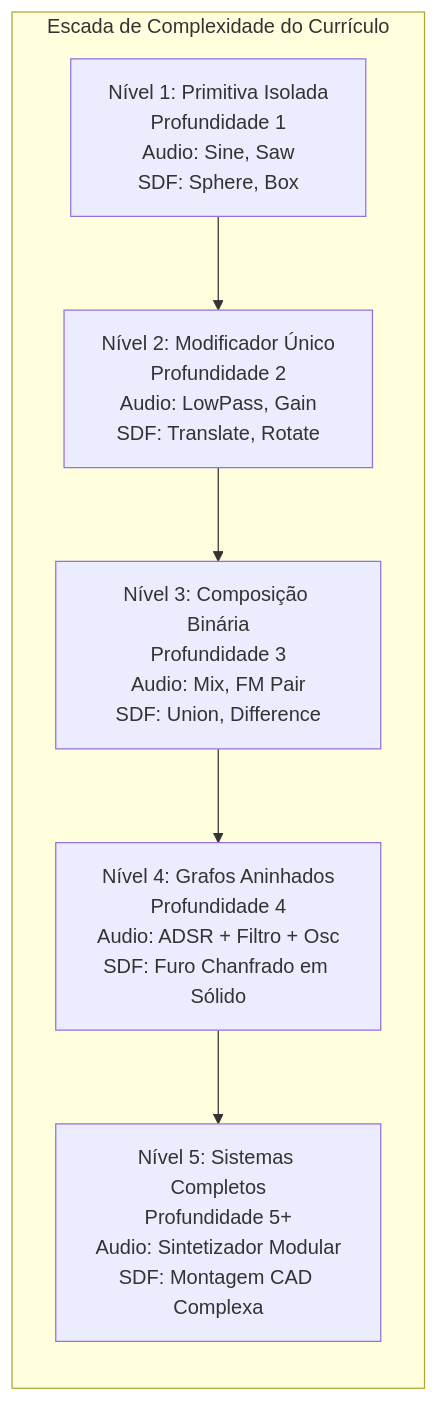
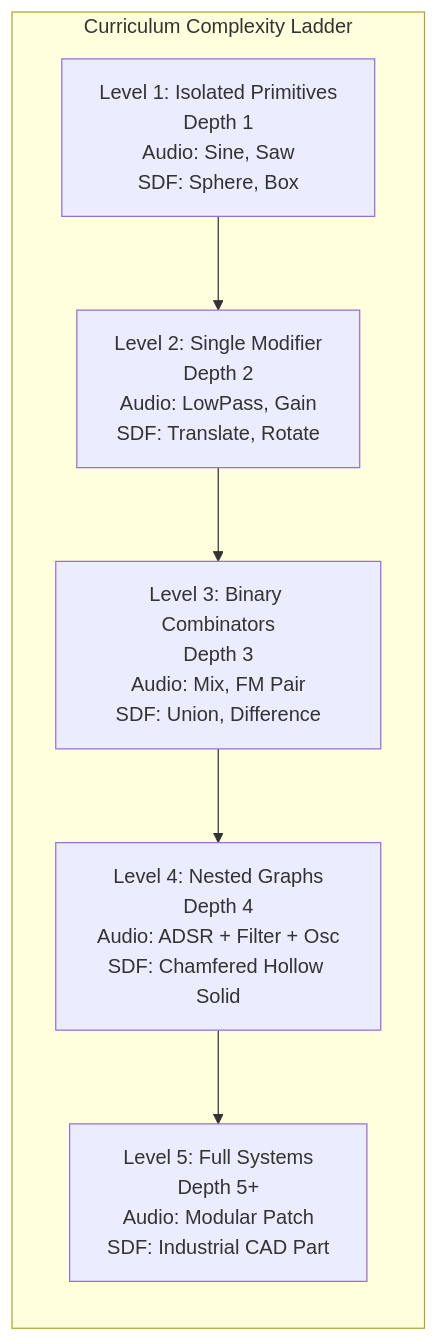
One commit to racoci/symforge changed the third of 3 diagrams in docs/architecture/three_tier_neural_synthesis.md. Above: the diagram before and after it, drawn with Mermaid. The commit also changed other lines of this file and 12 other files, not shown here.

Commit message:
docs: translate README and complete architecture documentation to English

````diff
--- a/docs/architecture/three_tier_neural_synthesis.md
+++ b/docs/architecture/three_tier_neural_synthesis.md
@@ -148,9 +142,9 @@
 ```mermaid
 graph LR
-    subgraph ComplexityLadder [Escada de Complexidade do Currículo]
-        L1[Nível 1: Primitiva Isolada<br/>Profundidade 1<br/>Audio: Sine, Saw<br/>SDF: Sphere, Box] --> L2[Nível 2: Modificador Único<br/>Profundidade 2<br/>Audio: LowPass, Gain<br/>SDF: Translate, Rotate]
-        L2 --> L3[Nível 3: Composição Binária<br/>Profundidade 3<br/>Audio: Mix, FM Pair<br/>SDF: Union, Difference]
-        L3 --> L4[Nível 4: Grafos Aninhados<br/>Profundidade 4<br/>Audio: ADSR + Filtro + Osc<br/>SDF: Furo Chanfrado em Sólido]
-        L4 --> L5[Nível 5: Sistemas Completos<br/>Profundidade 5+<br/>Audio: Sintetizador Modular<br/>SDF: Montagem CAD Complexa]
+    subgraph ComplexityLadder [Curriculum Complexity Ladder]
+        L1[Level 1: Isolated Primitives<br/>Depth 1<br/>Audio: Sine, Saw<br/>SDF: Sphere, Box] --> L2[Level 2: Single Modifier<br/>Depth 2<br/>Audio: LowPass, Gain<br/>SDF: Translate, Rotate]
+        L2 --> L3[Level 3: Binary Combinators<br/>Depth 3<br/>Audio: Mix, FM Pair<br/>SDF: Union, Difference]
+        L3 --> L4[Level 4: Nested Graphs<br/>Depth 4<br/>Audio: ADSR + Filter + Osc<br/>SDF: Chamfered Hollow Solid]
+        L4 --> L5[Level 5: Full Systems<br/>Depth 5+<br/>Audio: Modular Patch<br/>SDF: Industrial CAD Part]
     end
 ```
````
